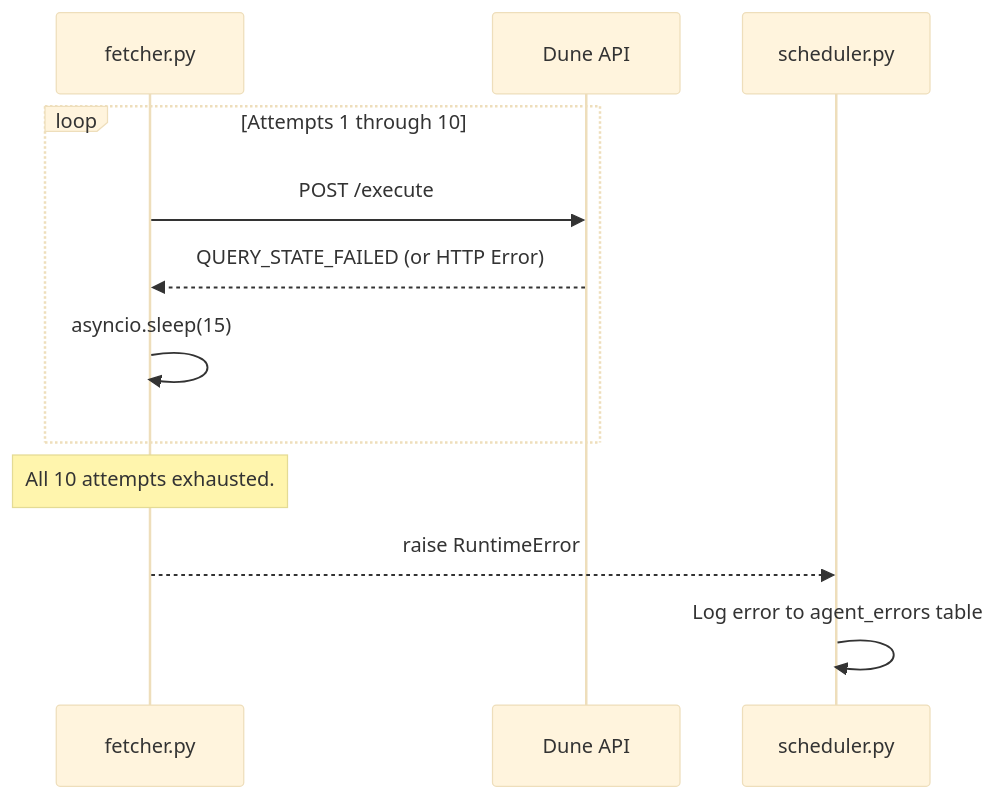
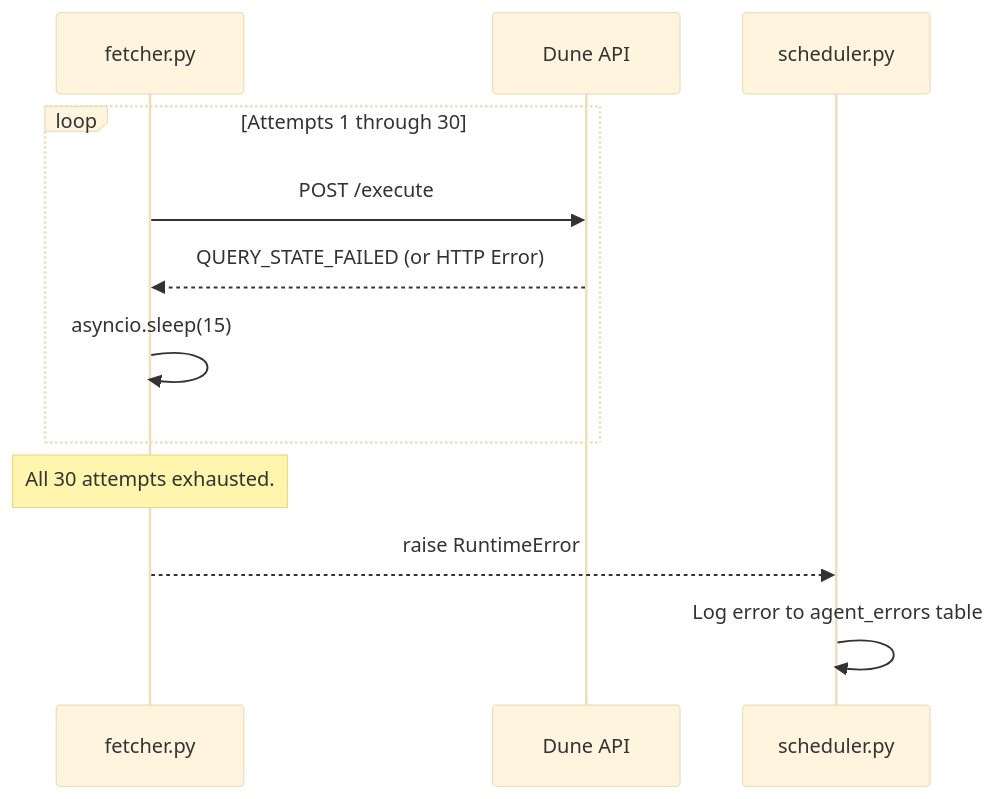
The sixth of 6 diagrams in docs/dune_fetcher_retry.md (joshuatochinwachi/Yield-Sage), drawn with Mermaid (base theme) before and after one commit. The commit also changed other lines of this file and 1 other file, not shown here.

````diff
--- a/docs/dune_fetcher_retry.md
+++ b/docs/dune_fetcher_retry.md
@@ -184,16 +184,16 @@
 ```mermaid
 sequenceDiagram
     participant F as fetcher.py
     participant D as Dune API
     participant S as scheduler.py
 
-    loop Attempts 1 through 10
+    loop Attempts 1 through 30
         F->>D: POST /execute
         D-->>F: QUERY_STATE_FAILED (or HTTP Error)
         F->>F: asyncio.sleep(15)
     end
 
-    Note over F: All 10 attempts exhausted.
+    Note over F: All 30 attempts exhausted.
     F-->>S: raise RuntimeError
     S->>S: Log error to agent_errors table
 ```
````
